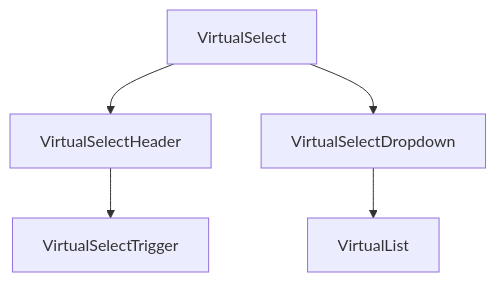
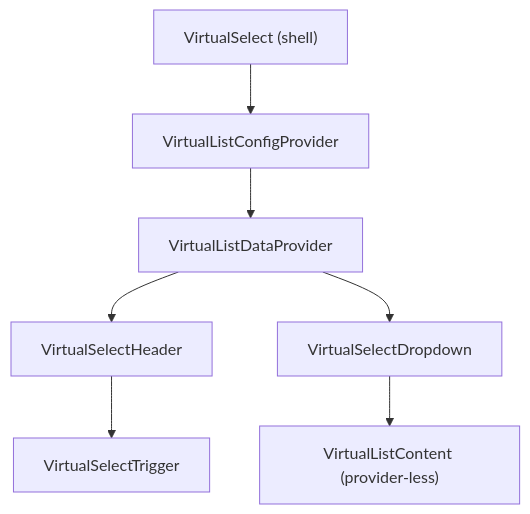
One commit to luciocabrera/lcabrera-stack changed the first of 3 diagrams in packages/ui/src/components/VirtualSelect/ARCHITECTURE.md. Above: the diagram before and after it, drawn with Mermaid. The commit also changed other lines of this file and 30 other files, not shown here.

First line of the commit message:
refactor(VirtualSelect): decouple dropdown and header from selection logic

````diff
--- a/packages/ui/src/components/VirtualSelect/ARCHITECTURE.md
+++ b/packages/ui/src/components/VirtualSelect/ARCHITECTURE.md
@@ -41,7 +44,9 @@
 ```mermaid
 graph TD
-  VS["VirtualSelect"] --> VSH["VirtualSelectHeader"]
-  VS --> VSD["VirtualSelectDropdown"]
+  VS["VirtualSelect (shell)"] --> CFG["VirtualListConfigProvider"]
+  CFG --> DATA["VirtualListDataProvider"]
+  DATA --> VSH["VirtualSelectHeader"]
+  DATA --> VSD["VirtualSelectDropdown"]
   VSH --> VST["VirtualSelectTrigger"]
-  VSD --> VL["VirtualList"]
+  VSD --> VLC["VirtualListContent (provider-less)"]
 ```
````
